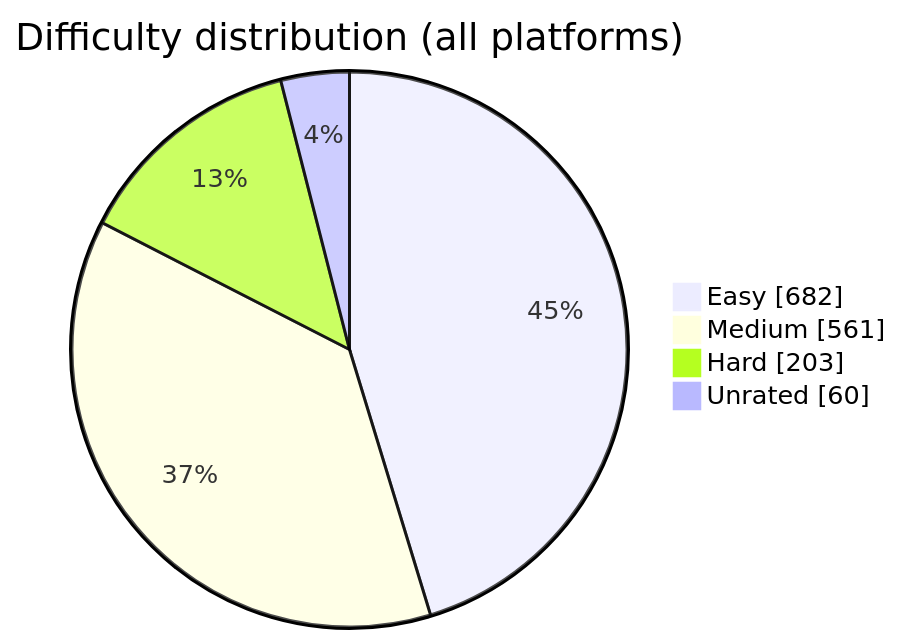
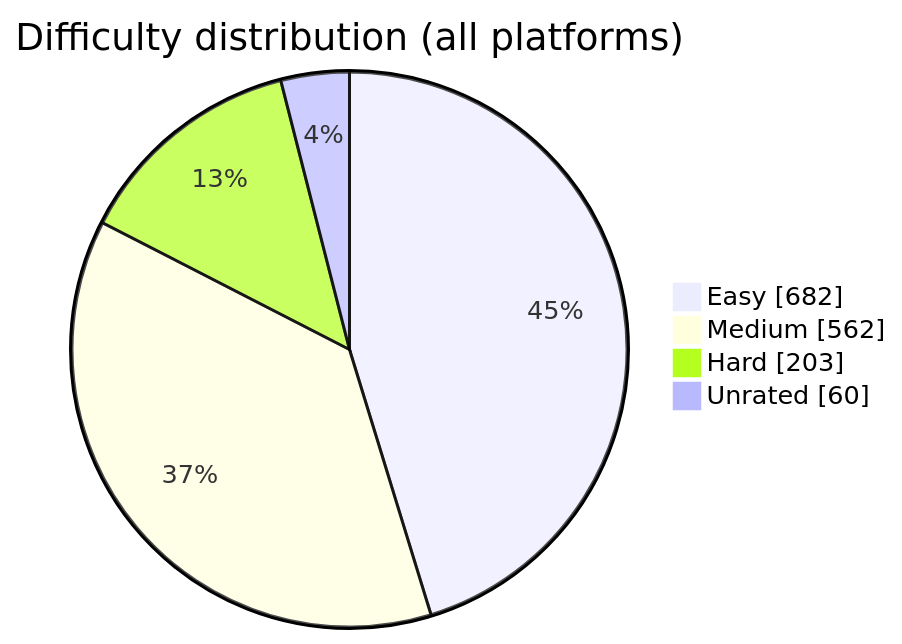
Before and after one commit to BuildbyArindam/Daily-Coding-Log: the diagram in README.md, drawn with Mermaid. The commit also changed other lines of this file, not shown here.

````diff
--- a/README.md
+++ b/README.md
@@ -93,7 +93,7 @@
 ```mermaid
 pie showData title Difficulty distribution (all platforms)
     "Easy" : 682
-    "Medium" : 561
+    "Medium" : 562
     "Hard" : 203
     "Unrated" : 60
 ```
````
